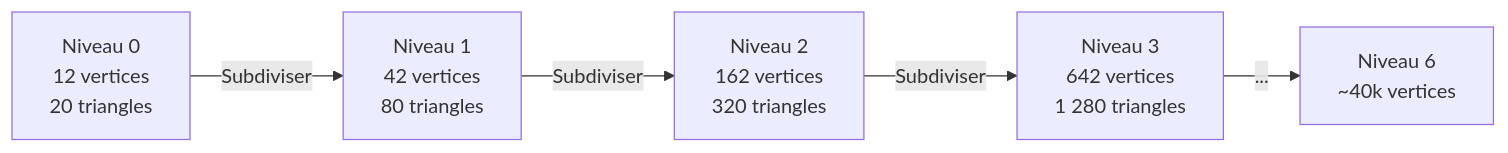
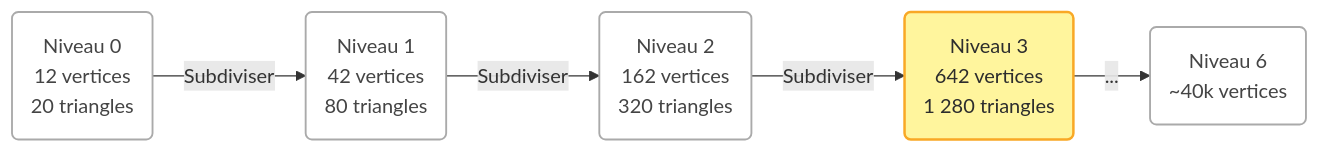
One commit to yoyonel/blog_source changed the sixth of 17 diagrams in content/suckless-ogl-anatomie-frame.md. Above: the diagram before and after it, drawn with Mermaid. The commit also changed other lines of this file and 4 other files, not shown here.

First line of the commit message:
refactor(mermaid): hand-drawn style + forced light mode for all browsers

```diff
--- a/content/suckless-ogl-anatomie-frame.md
+++ b/content/suckless-ogl-anatomie-frame.md
@@ -318,7 +339,13 @@
 <pre class="mermaid">
 graph LR
-    A["Niveau 0<br/>12 vertices<br/>20 triangles"] -->|"Subdiviser"| B["Niveau 1<br/>42 vertices<br/>80 triangles"]
-    B -->|"Subdiviser"| C["Niveau 2<br/>162 vertices<br/>320 triangles"]
-    C -->|"Subdiviser"| D["Niveau 3<br/>642 vertices<br/>1 280 triangles"]
-    D -->|"..."| E["Niveau 6<br/>~40k vertices"]
+    A("Niveau 0<br/>12 vertices<br/>20 triangles") -->|"Subdiviser"| B("Niveau 1<br/>42 vertices<br/>80 triangles")
+    B -->|"Subdiviser"| C("Niveau 2<br/>162 vertices<br/>320 triangles")
+    C -->|"Subdiviser"| D("Niveau 3<br/>642 vertices<br/>1 280 triangles")
+    D -->|"..."| E("Niveau 6<br/>~40k vertices")
+
+    classDef keyFunc fill:#fff59d,stroke:#f9a825,stroke-width:2px,color:#2d2d2d
+    classDef subsystem fill:#ffffff,stroke:#aaaaaa,stroke-width:1.5px,color:#444444
+
+    class D keyFunc
+    class A,B,C,E subsystem
 </pre>
```
